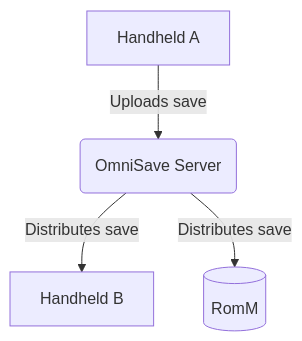
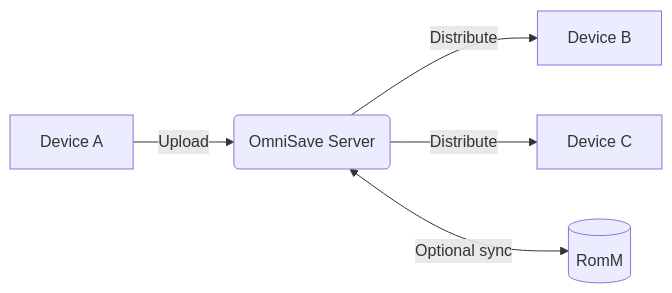
Before and after one commit to kanjieater/OmniSave: the diagram in README.md, drawn with Mermaid. The commit also changed other lines of this file, not shown here.

````diff
--- a/README.md
+++ b/README.md
@@ -9,6 +26,7 @@
 ```mermaid
-flowchart TD
-    A[Handheld A] -->|Uploads save| B(OmniSave Server)
-    B -->|Distributes save| C[Handheld B]
-    B -->|Distributes save| D[(RomM)]
+flowchart LR
+    A[Device A] -->|Upload| B(OmniSave Server)
+    B -->|Distribute| C[Device B]
+    B -->|Distribute| D[Device C]
+    B <-->|Optional sync| E[(RomM)]
 ```
````
